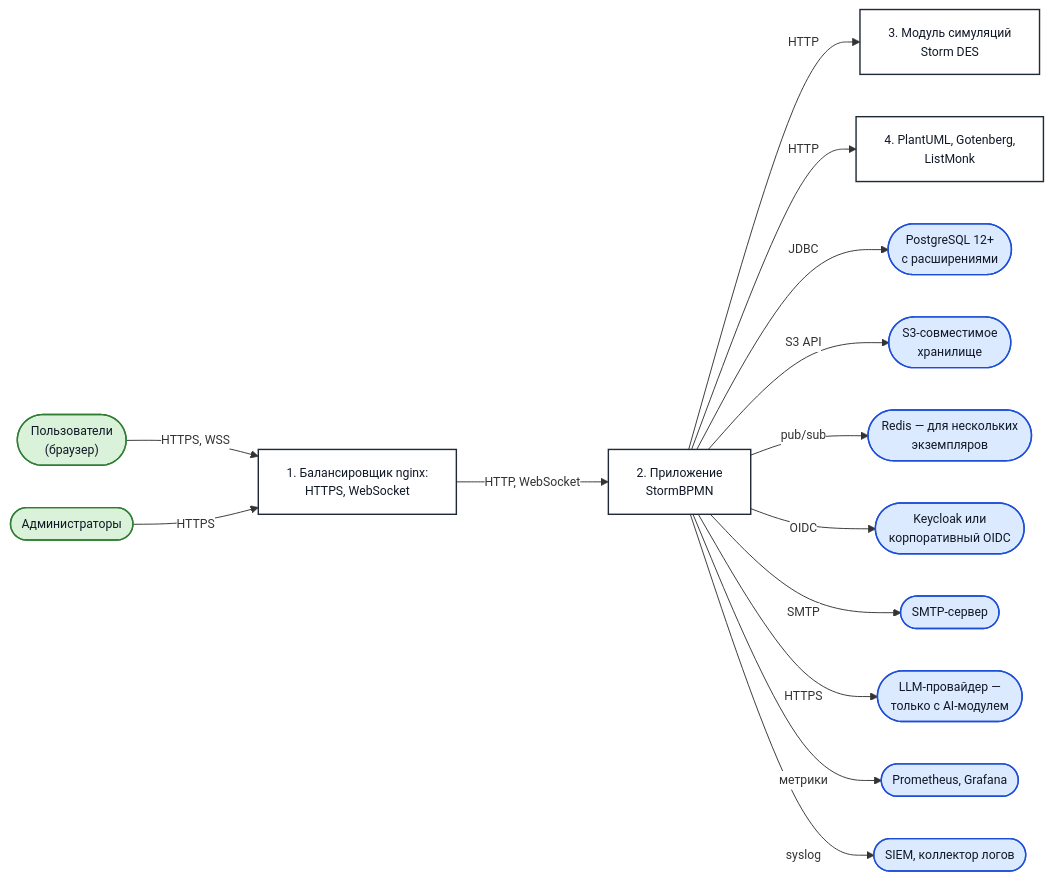
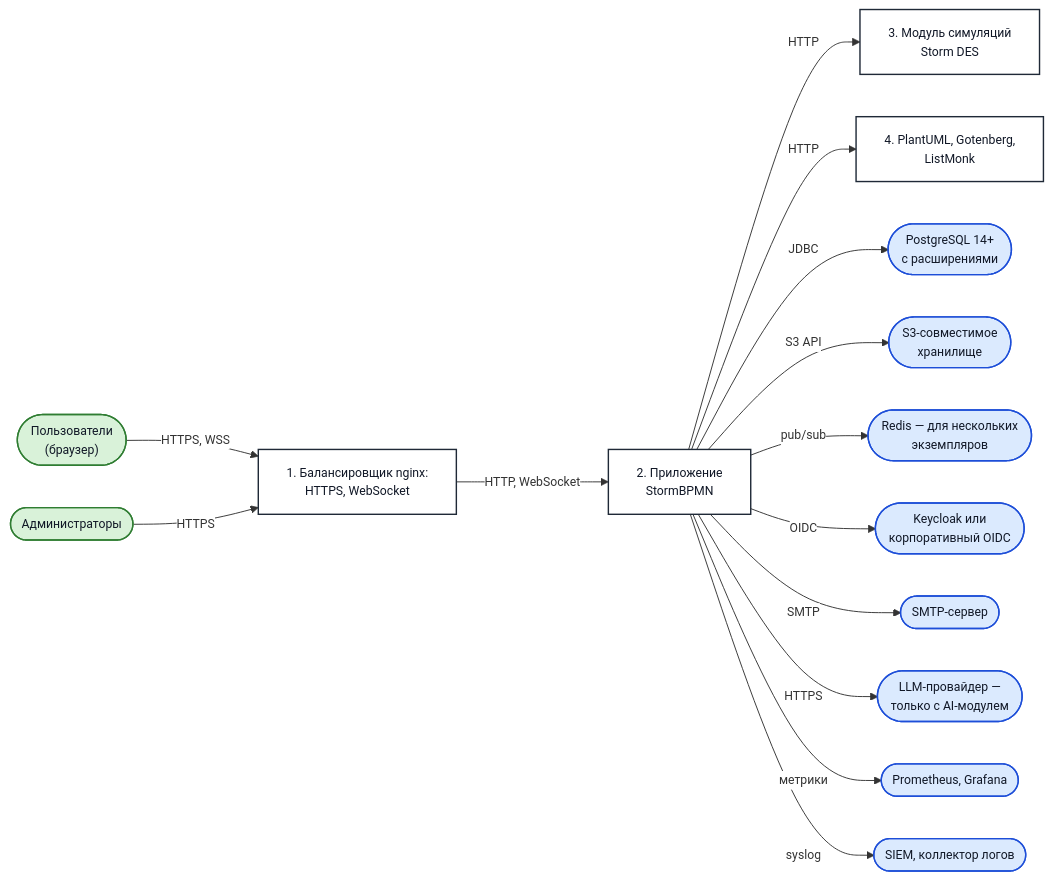
The diagram in src/architecture/README.md (KotskinKotskin/stormbpmn-documentation), drawn with Mermaid before and after one commit. The commit also changed other lines of this file and 5 other files, not shown here.

Commit message:
docs(enterprise): [DEV-2024] align PostgreSQL minimum with application

````diff
--- a/src/architecture/README.md
+++ b/src/architecture/README.md
@@ -64,38 +64,38 @@
 ```mermaid
 %%{init: {"flowchart": {"useMaxWidth": true, "htmlLabels": true, "nodeSpacing": 45, "rankSpacing": 60}, "themeVariables": {"fontSize": "13px", "edgeLabelBackground": "#ffffff"}} }%%
 flowchart LR
     classDef role fill:#d9f2d9,stroke:#2f7d32,stroke-width:1.5px,color:#111827
     classDef system fill:#dbeafe,stroke:#1d4ed8,stroke-width:1.5px,color:#111827
     classDef proc fill:#ffffff,stroke:#1f2937,stroke-width:1.5px,color:#111827
 
     users(["Пользователи<br/>(браузер)"]):::role
     admins(["Администраторы"]):::role
 
     nginx["1. Балансировщик nginx:<br/>HTTPS, WebSocket"]:::proc
     app["2. Приложение<br/>StormBPMN"]:::proc
     des["3. Модуль симуляций<br/>Storm DES"]:::proc
     aux["4. PlantUML, Gotenberg,<br/>ListMonk"]:::proc
 
-    pg(["PostgreSQL 12+<br/>с расширениями"]):::system
+    pg(["PostgreSQL 14+<br/>с расширениями"]):::system
     s3(["S3-совместимое<br/>хранилище"]):::system
     redis(["Redis — для нескольких<br/>экземпляров"]):::system
     idp(["Keycloak или<br/>корпоративный OIDC"]):::system
     smtp(["SMTP-сервер"]):::system
     llm(["LLM-провайдер —<br/>только с AI-модулем"]):::system
     mon(["Prometheus, Grafana"]):::system
     siem(["SIEM, коллектор логов"]):::system
 
     users -- "HTTPS, WSS" --> nginx
     admins -- "HTTPS" --> nginx
     nginx -- "HTTP, WebSocket" --> app
     app -- "HTTP" --> des
     app -- "HTTP" --> aux
     app -- "JDBC" --> pg
     app -- "S3 API" --> s3
     app -- "pub/sub" --> redis
     app -- "OIDC" --> idp
     app -- "SMTP" --> smtp
     app -- "HTTPS" --> llm
     app -- "метрики" --> mon
     app -- "syslog" --> siem
 ```
````
